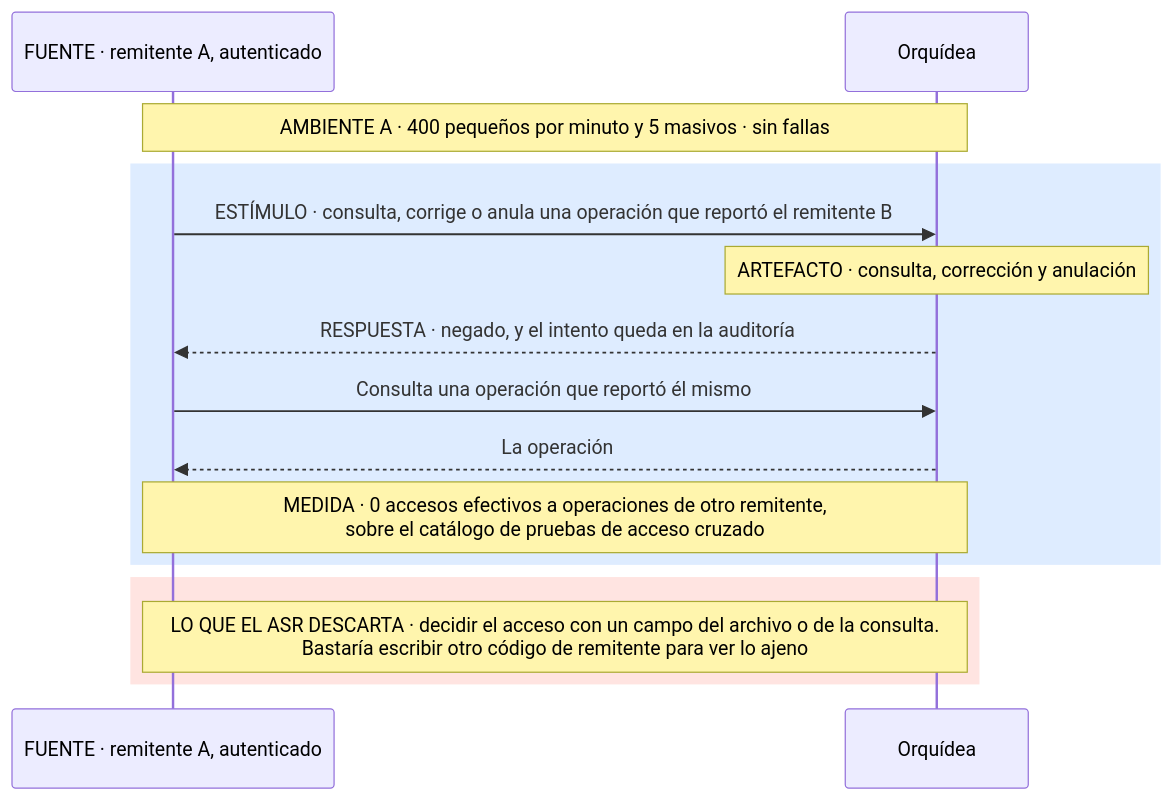
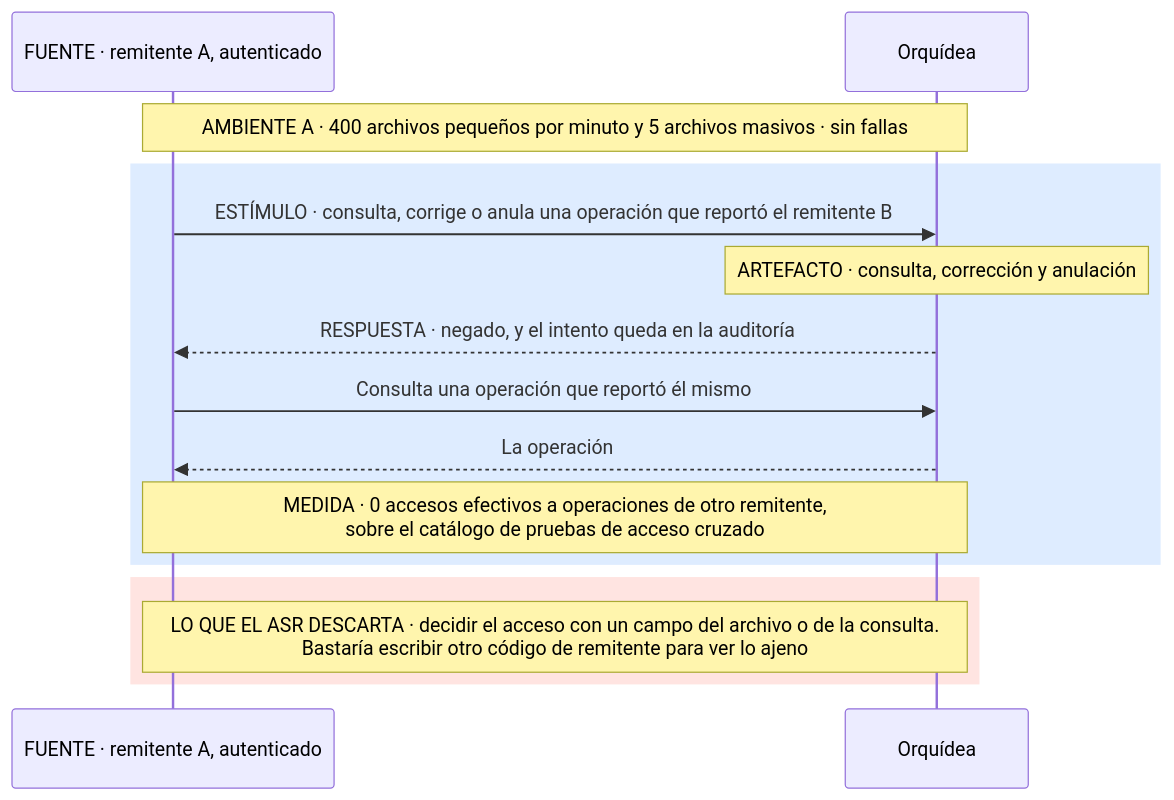
Before and after one commit to MATI-MBIT/arqsoft-reto-4: the tenth of 17 diagrams in docs/quality-attributes.md, drawn with Mermaid. The commit also changed other lines of this file, not shown here.

````diff
--- a/docs/quality-attributes.md
+++ b/docs/quality-attributes.md
@@ -477,17 +477,17 @@
 ```mermaid
 sequenceDiagram
     participant A as FUENTE · remitente A, autenticado
     participant O as Orquídea
-    Note over A,O: AMBIENTE A · 400 pequeños por minuto y 5 masivos · sin fallas
+    Note over A,O: AMBIENTE A · 400 archivos pequeños por minuto y 5 archivos masivos · sin fallas
     rect rgb(222, 236, 255)
     A->>O: ESTÍMULO · consulta, corrige o anula una operación que reportó el remitente B
     Note over O: ARTEFACTO · consulta, corrección y anulación
     O-->>A: RESPUESTA · negado, y el intento queda en la auditoría
     A->>O: Consulta una operación que reportó él mismo
     O-->>A: La operación
     Note over A,O: MEDIDA · 0 accesos efectivos a operaciones de otro remitente,<br/>sobre el catálogo de pruebas de acceso cruzado
     end
     rect rgb(255, 228, 225)
     Note over A,O: LO QUE EL ASR DESCARTA · decidir el acceso con un campo del archivo o de la consulta.<br/>Bastaría escribir otro código de remitente para ver lo ajeno
     end
 ```
````
